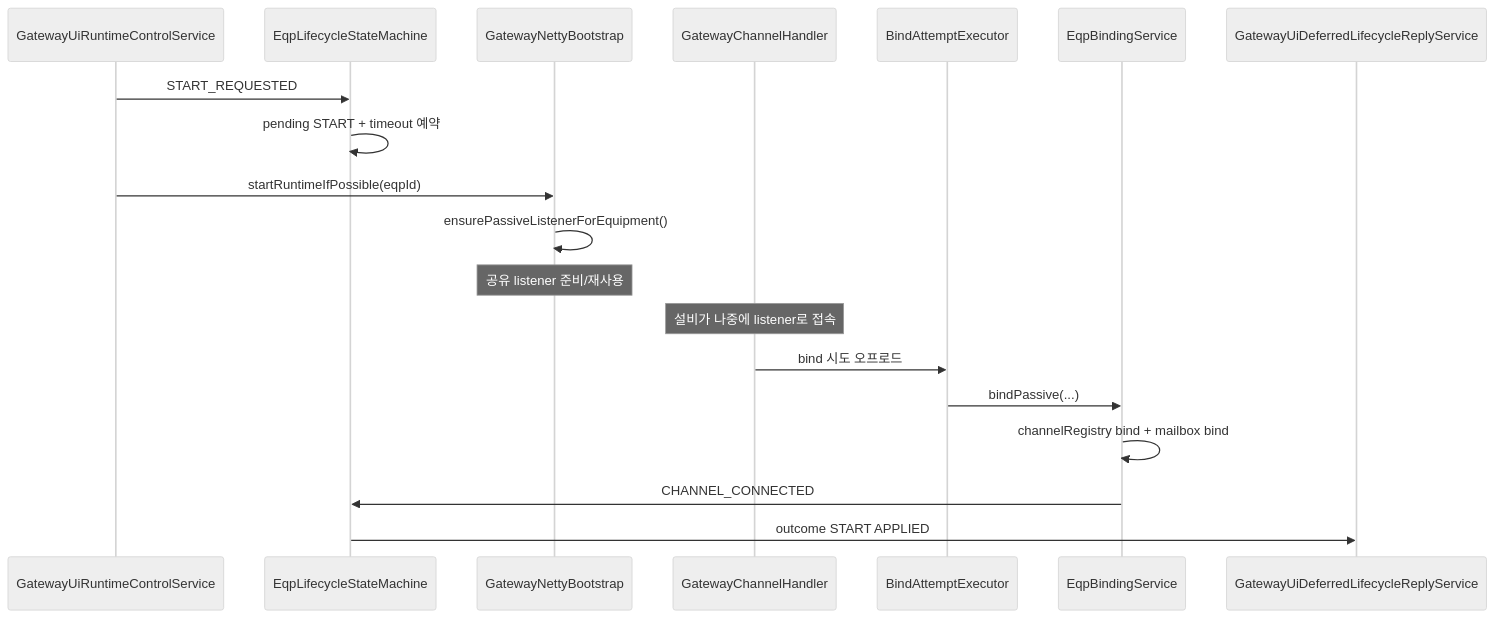
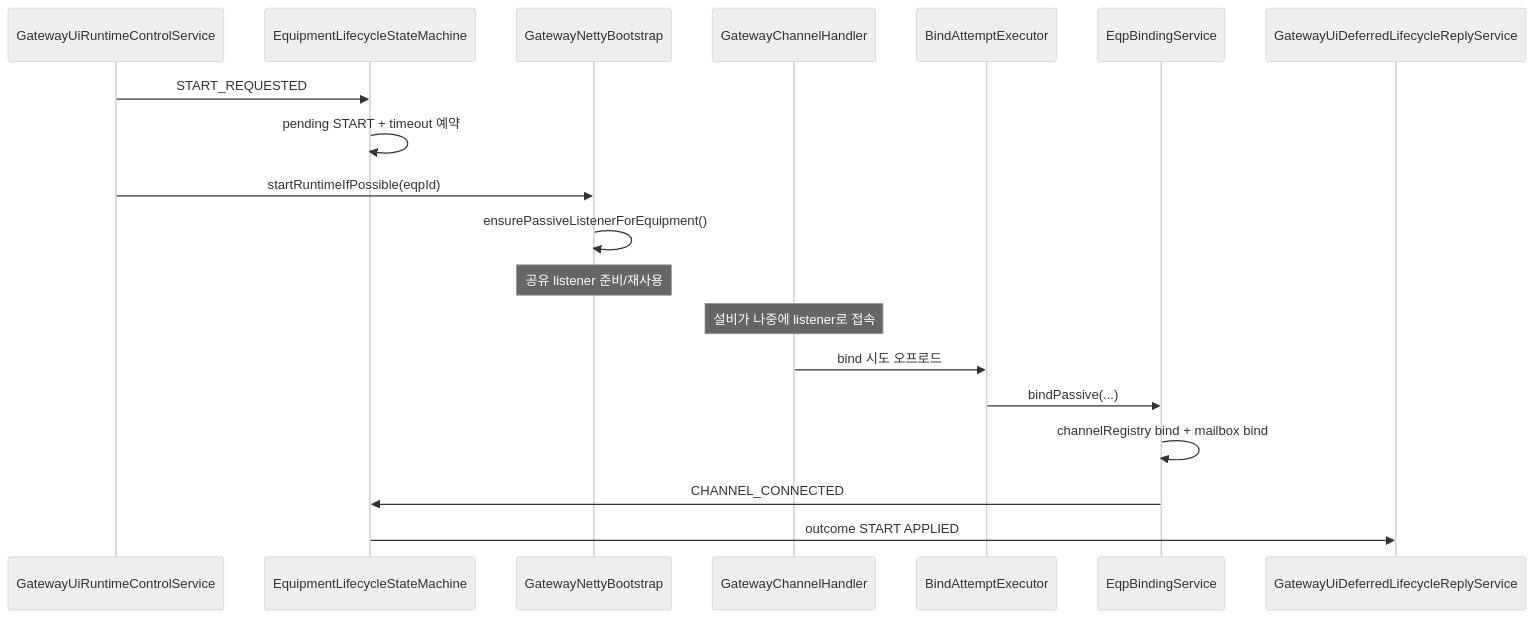
The first of 2 diagrams in apps/tc-comm-gateway-app/docs/05-gateway-passive-eqp-event-lifecycle.md (ZODOZODO/nori-tc), drawn with Mermaid (neutral theme) before and after one commit. The commit also changed other lines of this file and 7 other files, not shown here.

````diff
--- a/apps/tc-comm-gateway-app/docs/05-gateway-passive-eqp-event-lifecycle.md
+++ b/apps/tc-comm-gateway-app/docs/05-gateway-passive-eqp-event-lifecycle.md
@@ -401,22 +401,22 @@
 ```mermaid
 sequenceDiagram
     participant UI as GatewayUiRuntimeControlService
-    participant SM as EqpLifecycleStateMachine
+    participant SM as EquipmentLifecycleStateMachine
     participant Netty as GatewayNettyBootstrap
     participant GH as GatewayChannelHandler
     participant BE as BindAttemptExecutor
     participant BS as EqpBindingService
     participant Reply as GatewayUiDeferredLifecycleReplyService
 
     UI->>SM: START_REQUESTED
     SM->>SM: pending START + timeout 예약
     UI->>Netty: startRuntimeIfPossible(eqpId)
     Netty->>Netty: ensurePassiveListenerForEquipment()
     Note over Netty: 공유 listener 준비/재사용
     Note over GH: 설비가 나중에 listener로 접속
     GH->>BE: bind 시도 오프로드
     BE->>BS: bindPassive(...)
     BS->>BS: channelRegistry bind + mailbox bind
     BS->>SM: CHANNEL_CONNECTED
     SM->>Reply: outcome START APPLIED
 ```
````
